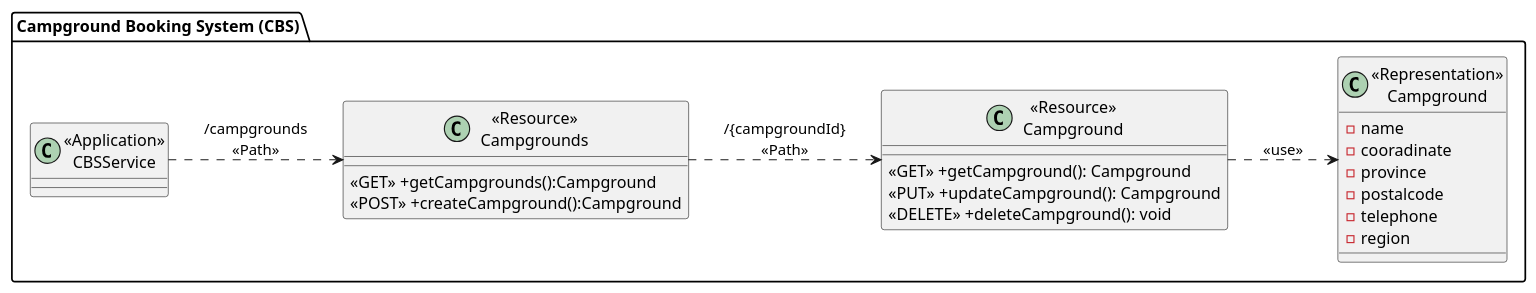
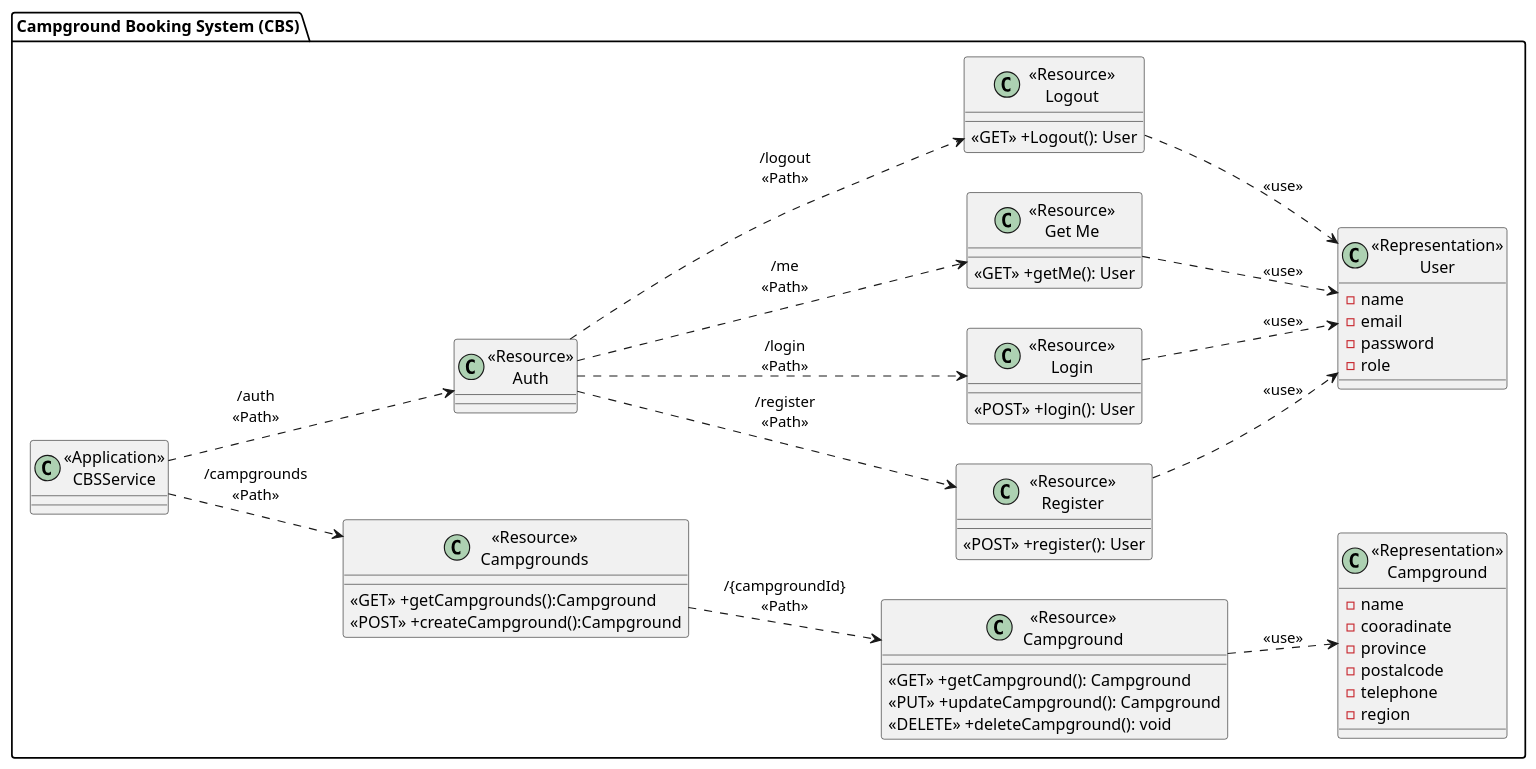
The diagram in diagram/CampgroundClass.puml (FaiiFaiipuipui/CEDT_Y1T2_backend-campgroundbooking), drawn with PlantUML before and after one commit.

Commit message:
Update Class Diagram (Auth)

```diff
--- a/diagram/CampgroundClass.puml
+++ b/diagram/CampgroundClass.puml
@@ -1,32 +1,67 @@
 @startuml
 left to right direction
 package "Campground Booking System (CBS)"{
     class "<<Application>>\nCBSService" as CBSService{}
 
     class "<<Resource>>\nCampgrounds" as ResourceCampgrounds{
         <<GET>> +getCampgrounds():Campground
         <<POST>> +createCampground():Campground
     }
 
     class "<<Resource>>\nCampground" as ResourceCampground {
         <<GET>> +getCampground(): Campground
         <<PUT>> +updateCampground(): Campground
         <<DELETE>> +deleteCampground(): void
     }
 
     class "<<Representation>>\nCampground" as RepresentationCampground {
         -name
         -cooradinate
         -province
         -postalcode
         -telephone
         -region
     }
 
+    class "<<Resource>>\nAuth" as ResourceAuth{
+        
+    }
+
+    class "<<Resource>>\nRegister" as RegisterService {
+        <<POST>> +register(): User
+    }
+
+    class "<<Resource>>\nLogin" as LoginService {
+        <<POST>> +login(): User
+    }
+
+    class "<<Resource>>\nGet Me" as GetMeService {
+        <<GET>> +getMe(): User
+    }
+    class "<<Resource>>\nLogout" as LogoutService {
+        <<GET>> +Logout(): User
+    }
+
+    class "<<Representation>>\nUser" as RepresentationUser {
+        -name
+        -email
+        -password
+        -role
+    }
 }
 
 CBSService ..> ResourceCampgrounds:"/campgrounds\n<<Path>>"
 ResourceCampgrounds ..> ResourceCampground: "/{campgroundId}\n<<Path>>"
 ResourceCampground ..> RepresentationCampground: "<<use>>"
 
+CBSService ..> ResourceAuth:"/auth\n<<Path>>"
+ResourceAuth ..> RegisterService: "/register\n<<Path>>"
+ResourceAuth ..> LoginService: "/login\n<<Path>>"
+ResourceAuth ..> GetMeService: "/me\n<<Path>>"
+ResourceAuth ..> LogoutService: "/logout\n<<Path>>"
+RegisterService ..> RepresentationUser: "<<use>>"
+LoginService ..> RepresentationUser: "<<use>>"
+GetMeService ..> RepresentationUser: "<<use>>"
+LogoutService ..> RepresentationUser: "<<use>>"
+
 @enduml
```
